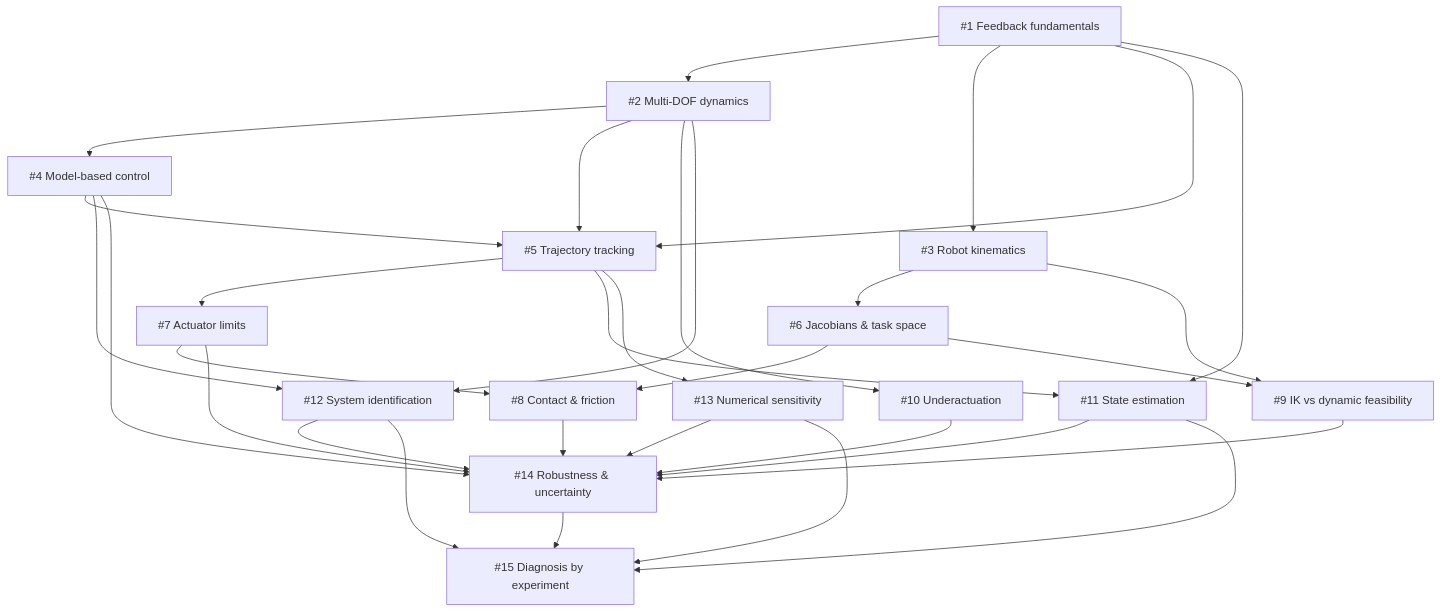
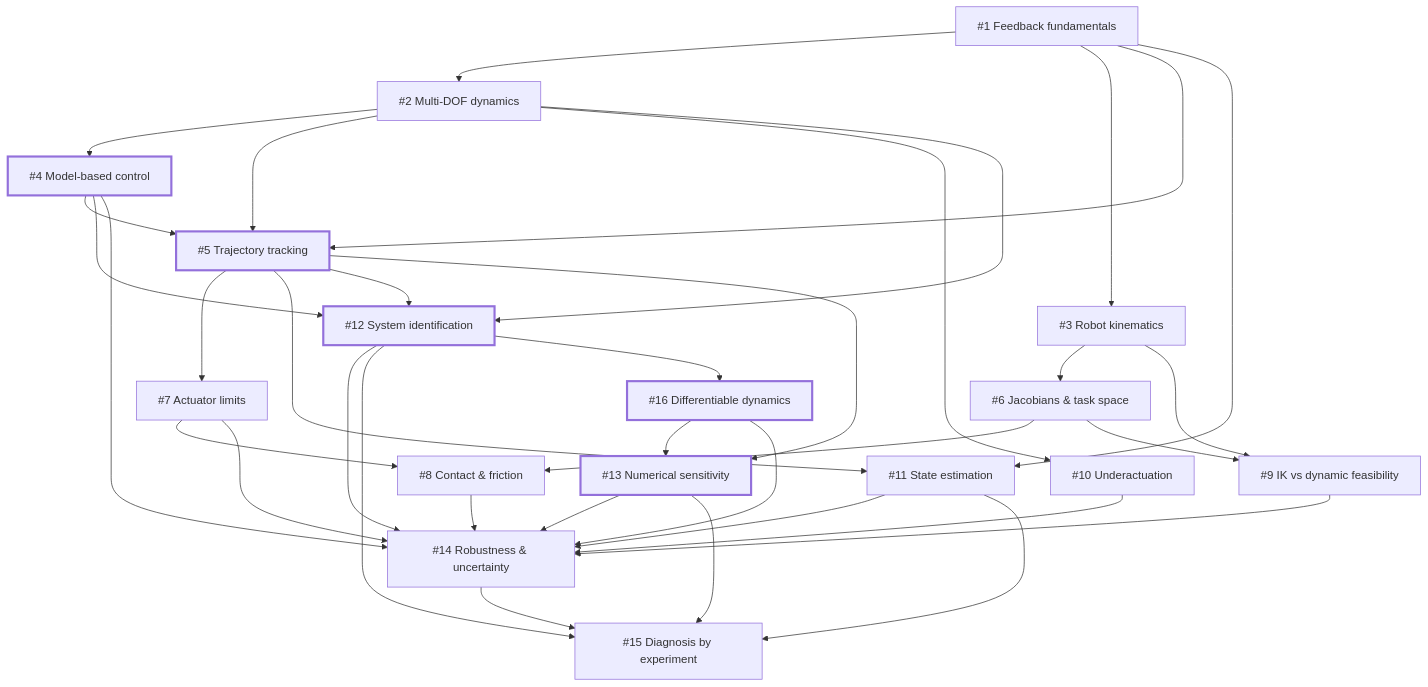
One commit to haidmoham/robotics-test-bench changed the second of 2 diagrams in README.md. Above: the diagram before and after it, drawn with Mermaid. The commit also changed other lines of this file, not shown here.

Commit message:
docs(map): route model-based work toward differentiable dynamics

````diff
--- a/README.md
+++ b/README.md
@@ -40,60 +59,69 @@
 ```mermaid
 flowchart TD
     C01["#1 Feedback fundamentals"]
     C02["#2 Multi-DOF dynamics"]
     C03["#3 Robot kinematics"]
     C04["#4 Model-based control"]
     C05["#5 Trajectory tracking"]
     C06["#6 Jacobians & task space"]
     C07["#7 Actuator limits"]
     C08["#8 Contact & friction"]
     C09["#9 IK vs dynamic feasibility"]
     C10["#10 Underactuation"]
     C11["#11 State estimation"]
     C12["#12 System identification"]
     C13["#13 Numerical sensitivity"]
     C14["#14 Robustness & uncertainty"]
     C15["#15 Diagnosis by experiment"]
+    C16["#16 Differentiable dynamics"]
 
     C01 --> C02
     C01 --> C03
     C01 --> C05
     C01 --> C11
 
     C02 --> C04
     C02 --> C05
     C02 --> C10
     C02 --> C12
 
     C03 --> C06
     C03 --> C09
 
     C04 --> C05
     C04 --> C12
     C04 --> C14
 
     C05 --> C07
     C05 --> C11
+    C05 --> C12
     C05 --> C13
 
     C06 --> C08
     C06 --> C09
 
     C07 --> C08
     C07 --> C14
 
     C08 --> C14
     C09 --> C14
     C10 --> C14
 
     C11 --> C14
     C11 --> C15
 
     C12 --> C14
     C12 --> C15
+    C12 --> C16
+
+    C16 --> C13
+    C16 --> C14
 
     C13 --> C14
     C13 --> C15
 
     C14 --> C15
+
+    classDef active stroke-width:3px
+    class C04,C05,C12,C16,C13 active
 ```
````
